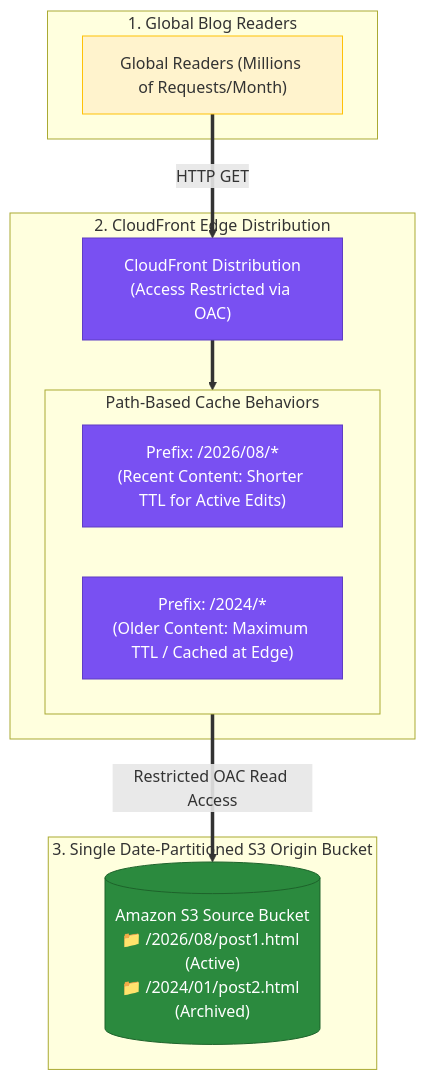
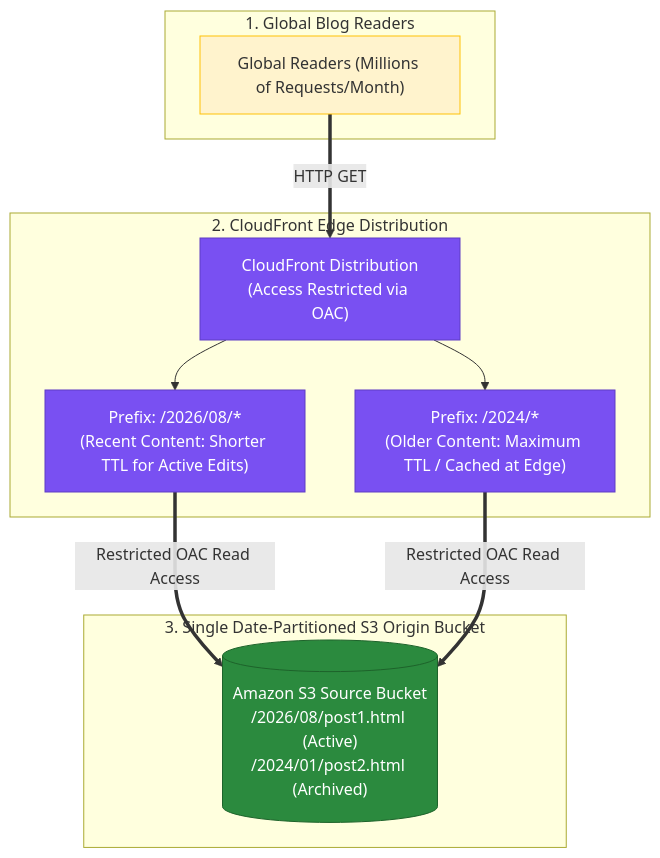
Before and after one commit to ReginRavi/AIP-C01: the tenth of 20 diagrams in Professional/3.3 Global service offerings (for example, AWS Global Accelerator, Amazon CloudFront, edge computing services).md, drawn with Mermaid. The commit also changed other lines of this file and 1 other file, not shown here.

Commit message:
Fix mermaid diagram syntax in Global service offerings and High-performing systems architectures notes

````diff
--- a/Professional/3.3 Global service offerings (for example, AWS Global Accelerator, Amazon CloudFront, edge computing services).md
+++ b/Professional/3.3 Global service offerings (for example, AWS Global Accelerator, Amazon CloudFront, edge computing services).md
@@ -492,32 +511,30 @@
 ```mermaid
 flowchart TD
     subgraph Viewers ["1. Global Blog Readers"]
         Users["Global Readers (Millions of Requests/Month)"]
     end
 
     subgraph CDN ["2. CloudFront Edge Distribution"]
         CF["CloudFront Distribution<br/>(Access Restricted via OAC)"]
-
-        subgraph Behaviors ["Path-Based Cache Behaviors"]
-            RecentBehavior["Prefix: /2026/08/*<br/>(Recent Content: Shorter TTL for Active Edits)"]
-            ArchiveBehavior["Prefix: /2024/*<br/>(Older Content: Maximum TTL / Cached at Edge)"]
-        end
-
-        CF ==> Behaviors
+        RecentBehavior["Prefix: /2026/08/*<br/>(Recent Content: Shorter TTL for Active Edits)"]
+        ArchiveBehavior["Prefix: /2024/*<br/>(Older Content: Maximum TTL / Cached at Edge)"]
     end
 
     subgraph Storage ["3. Single Date-Partitioned S3 Origin Bucket"]
-        S3Bucket[("Amazon S3 Source Bucket<br/>📁 /2026/08/post1.html (Active)<br/>📁 /2024/01/post2.html (Archived)")]
-        Behaviors ==>|"Restricted OAC Read Access"| S3Bucket
+        S3Bucket[("Amazon S3 Source Bucket<br/>/2026/08/post1.html (Active)<br/>/2024/01/post2.html (Archived)")]
     end
 
     Users ==>|"HTTP GET"| CF
+    CF --> RecentBehavior
+    CF --> ArchiveBehavior
+    RecentBehavior ==>|"Restricted OAC Read Access"| S3Bucket
+    ArchiveBehavior ==>|"Restricted OAC Read Access"| S3Bucket
 
     classDef client fill:#fff3cd,stroke:#ffc107,stroke-width:1px;
     classDef cdn fill:#7950f2,stroke:#5f3dc4,color:#ffffff;
     classDef storage fill:#2b8a3e,stroke:#1e632b,color:#ffffff;
 
     class Users client;
     class CF,RecentBehavior,ArchiveBehavior cdn;
     class S3Bucket storage;
 ```
````
